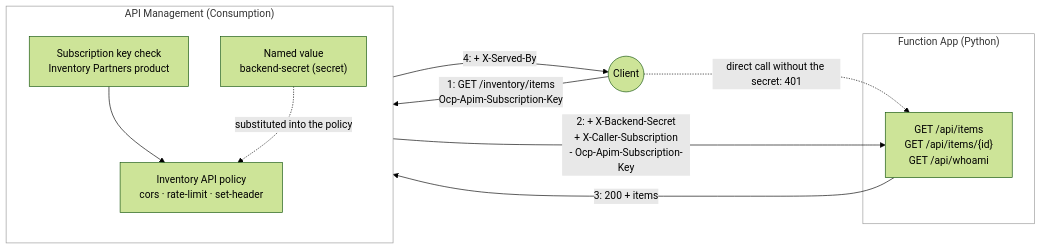
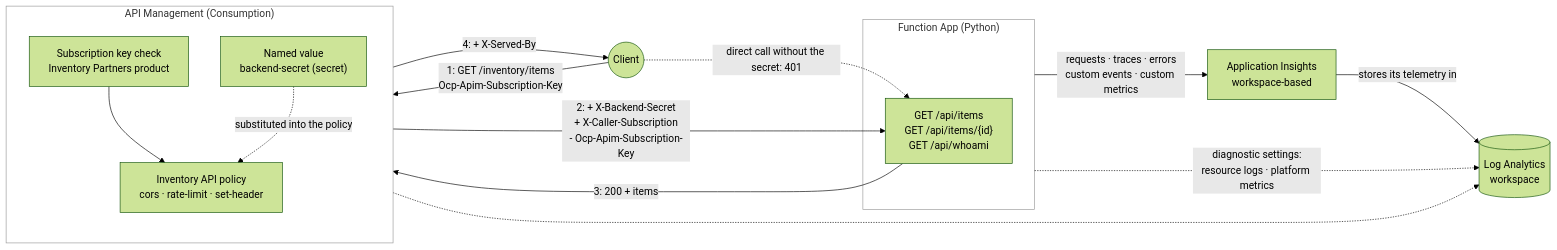
One commit to localstack/localstack-azure-samples changed the diagram in samples/api-management-function-app/python/README.md. Above: the diagram before and after it, drawn with Mermaid (forest theme). The commit also changed other lines of this file and 1032 other files, not shown here.

First line of the commit message:
Monitor every web and function app sample with Application Insights (#154)

````diff
--- a/samples/api-management-function-app/python/README.md
+++ b/samples/api-management-function-app/python/README.md
@@ -21,27 +23,34 @@
 ```mermaid
 %%{init: {"flowchart": {"nodeSpacing": 50, "rankSpacing": 70}}}%%
 flowchart LR
     client((Client))
 
     subgraph apim["API Management (Consumption)"]
         direction TB
         keycheck["Subscription key check<br/>Inventory Partners product"]
         policy["Inventory API policy<br/>cors · rate-limit · set-header"]
         nv["Named value<br/>backend-secret (secret)"]
         keycheck --> policy
         nv -.->|"substituted into the policy"| policy
     end
 
     subgraph functionapp["Function App (Python)"]
         routes["GET /api/items<br/>GET /api/items/{id}<br/>GET /api/whoami"]
     end
 
+    insights["Application Insights<br/>workspace-based"]
+    workspace[("Log Analytics<br/>workspace")]
+    insights -->|"stores its telemetry in"| workspace
+
     client -->|"1: GET /inventory/items<br/>Ocp-Apim-Subscription-Key"| keycheck
     policy -->|"2: + X-Backend-Secret<br/>+ X-Caller-Subscription<br/>- Ocp-Apim-Subscription-Key"| routes
     routes -->|"3: 200 + items"| policy
     policy -->|"4: + X-Served-By"| client
     client -. "direct call without the secret: 401" .-> routes
+    functionapp -->|"requests · traces · errors<br/>custom events · custom metrics"| insights
+    functionapp -. "diagnostic settings:<br/>resource logs · platform metrics" .-> workspace
+    apim -.-> workspace
 
     style apim fill:#ffffff,stroke:#999999,color:#333333
     style functionapp fill:#ffffff,stroke:#999999,color:#333333
 ```
````
